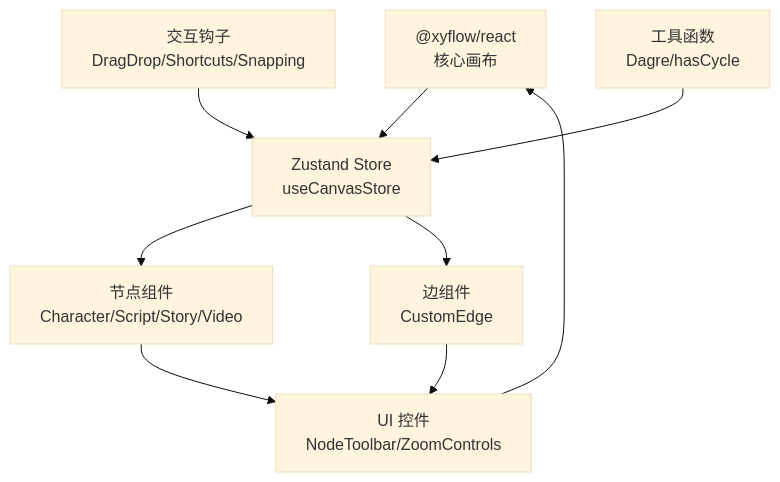
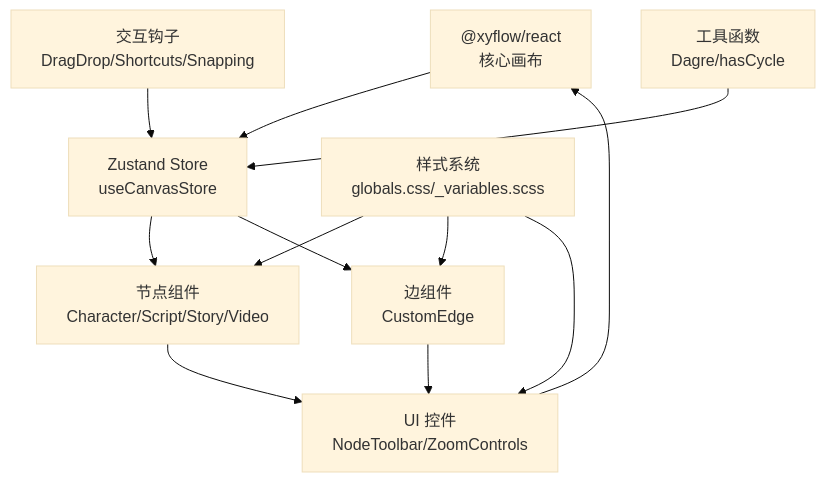
The second of 6 diagrams in .qoder/repowiki/zh/content/系统架构/前端架构/组件架构/画布组件系统.md (KunLabAI/KunFlix), drawn with Mermaid (base theme) before and after one commit. The commit also changed other lines of this file and 14 other files, not shown here.

````diff
--- a/.qoder/repowiki/zh/content/系统架构/前端架构/组件架构/画布组件系统.md
+++ b/.qoder/repowiki/zh/content/系统架构/前端架构/组件架构/画布组件系统.md
@@ -129,18 +157,22 @@
 ```mermaid
 graph TB
 RF["@xyflow/react<br/>核心画布"]
 ZS["Zustand Store<br/>useCanvasStore"]
 Nodes["节点组件<br/>Character/Script/Story/Video"]
 Edge["边组件<br/>CustomEdge"]
 Hooks["交互钩子<br/>DragDrop/Shortcuts/Snapping"]
 Utils["工具函数<br/>Dagre/hasCycle"]
 UI["UI 控件<br/>NodeToolbar/ZoomControls"]
+Styles["样式系统<br/>globals.css/_variables.scss"]
 RF --> ZS
 ZS --> Nodes
 ZS --> Edge
 Nodes --> UI
 Edge --> UI
 Hooks --> ZS
 Utils --> ZS
 UI --> RF
+Styles --> Nodes
+Styles --> Edge
+Styles --> UI
 ```
````
